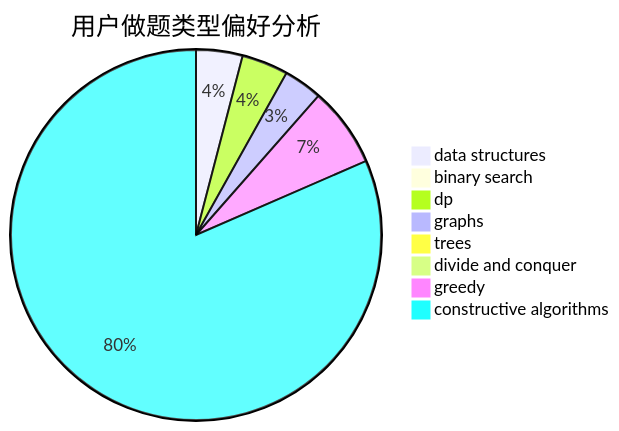
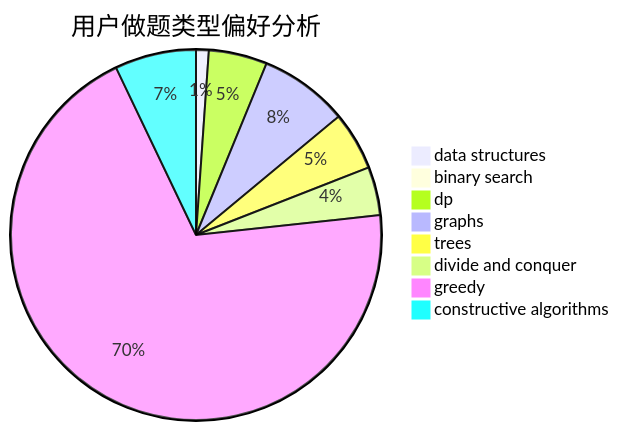
The second of 3 diagrams in docs/user/u2072.md (sherpahu/cfrs.github.io), drawn with Mermaid before and after one commit. The commit also changed other lines of this file and 2770 other files, not shown here.

````diff
--- a/docs/user/u2072.md
+++ b/docs/user/u2072.md
@@ -23,11 +23,11 @@
 ```mermaid
 pie title 用户做题类型偏好分析
-    "data structures" :  18
-    "binary search" :  4
-    "dp" :  18
-    "graphs" :  15
-    "trees" :  2
-    "divide and conquer" :  0
-    "greedy" :  31
-    "constructive algorithms" :  362
+    "data structures" :  5
+    "binary search" :  0
+    "dp" :  23
+    "graphs" :  35
+    "trees" :  23
+    "divide and conquer" :  19
+    "greedy" :  314
+    "constructive algorithms" :  32
 ```
````
